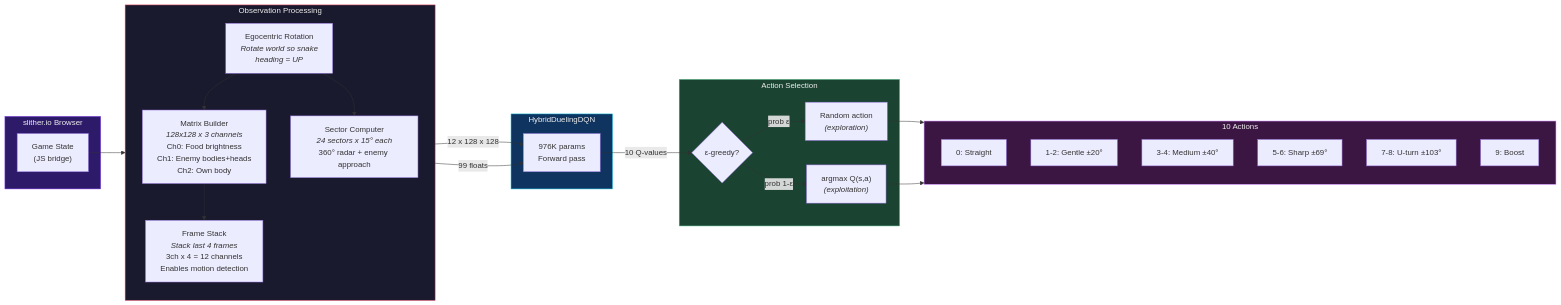
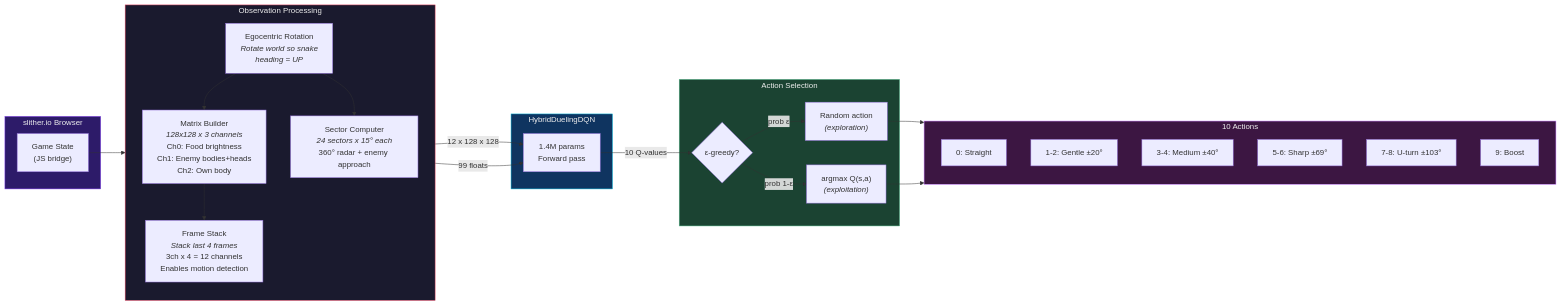
The second of 3 diagrams in README.md (dzaczek/slbot), drawn with Mermaid before and after one commit. The commit also changed other lines of this file, not shown here.

````diff
--- a/README.md
+++ b/README.md
@@ -137,51 +137,51 @@
 ```mermaid
 graph LR
     subgraph GAME ["slither.io Browser"]
         GS["Game State<br/>(JS bridge)"]
     end
 
     subgraph PREPROCESS ["Observation Processing"]
         direction TB
         EGO["Egocentric Rotation<br/><i>Rotate world so snake<br/>heading = UP</i>"]
         MAT["Matrix Builder<br/><i>128x128 x 3 channels</i><br/>Ch0: Food brightness<br/>Ch1: Enemy bodies+heads<br/>Ch2: Own body"]
         FS["Frame Stack<br/><i>Stack last 4 frames</i><br/>3ch x 4 = 12 channels<br/>Enables motion detection"]
         SEC2["Sector Computer<br/><i>24 sectors x 15° each</i><br/>360° radar + enemy approach"]
 
         EGO --> MAT --> FS
         EGO --> SEC2
     end
 
     subgraph NETWORK ["HybridDuelingDQN"]
-        NN["976K params<br/>Forward pass"]
+        NN["1.4M params<br/>Forward pass"]
     end
 
     subgraph DECISION ["Action Selection"]
         EPS{"ε-greedy?"}
         RAND["Random action<br/><i>(exploration)</i>"]
         BEST["argmax Q(s,a)<br/><i>(exploitation)</i>"]
     end
 
     subgraph ACTIONS ["10 Actions"]
         A0["0: Straight"]
         A1["1-2: Gentle ±20°"]
         A2["3-4: Medium ±40°"]
         A3["5-6: Sharp ±69°"]
         A4["7-8: U-turn ±103°"]
         A5["9: Boost"]
     end
 
     GS --> EGO
     FS -->|"12 x 128 x 128"| NN
     SEC2 -->|"99 floats"| NN
     NN -->|"10 Q-values"| EPS
     EPS -->|"prob ε"| RAND
     EPS -->|"prob 1-ε"| BEST
     RAND --> ACTIONS
     BEST --> ACTIONS
 
     style GAME fill:#2d1b69,stroke:#7c3aed,color:#eee
     style PREPROCESS fill:#1a1a2e,stroke:#e94560,color:#eee
     style NETWORK fill:#0f3460,stroke:#00b4d8,color:#eee
     style DECISION fill:#1b4332,stroke:#52b788,color:#eee
     style ACTIONS fill:#3c1642,stroke:#c77dff,color:#eee
 ```
````
